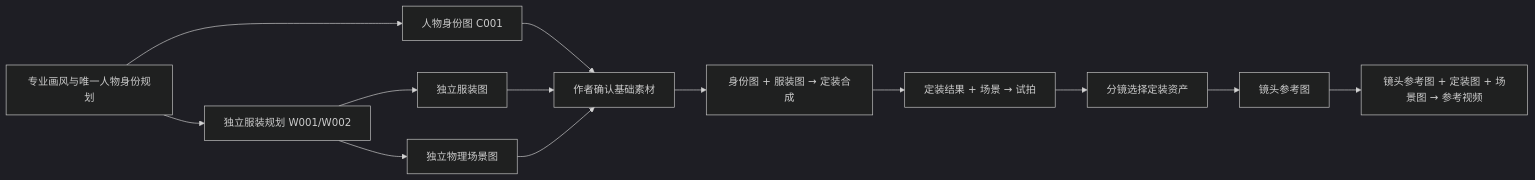
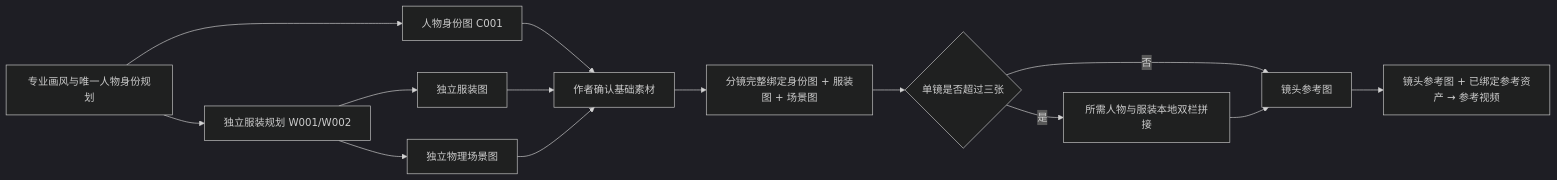
One commit to Aoike123/Storyloom changed the diagram in docs/asset-identity-workflow.md. Above: the diagram before and after it, drawn with Mermaid (dark theme). The commit also changed other lines of this file and 41 other files, not shown here.

````diff
--- a/docs/asset-identity-workflow.md
+++ b/docs/asset-identity-workflow.md
@@ -7,15 +7,16 @@
 ```mermaid
 flowchart LR
   S[专业画风与唯一人物身份规划] --> I[人物身份图 C001]
   S --> W[独立服装规划 W001/W002]
   W --> C[独立服装图]
   W --> E[独立物理场景图]
   I --> R[作者确认基础素材]
   C --> R
   E --> R
-  R --> F[身份图 + 服装图 → 定装合成]
-  F --> T[定装结果 + 场景 → 试拍]
-  T --> B[分镜选择定装资产]
-  B --> Q[镜头参考图]
-  Q --> V[镜头参考图 + 定装图 + 场景图 → 参考视频]
+  R --> B[分镜完整绑定身份图 + 服装图 + 场景图]
+  B --> L{单镜是否超过三张}
+  L -->|否| Q[镜头参考图]
+  L -->|是| P[所需人物与服装本地双栏拼接]
+  P --> Q
+  Q --> V[镜头参考图 + 已绑定参考资产 → 参考视频]
 ```
````
